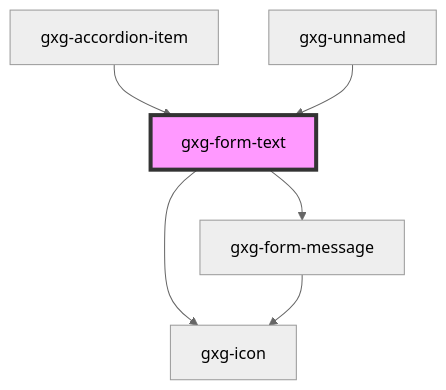
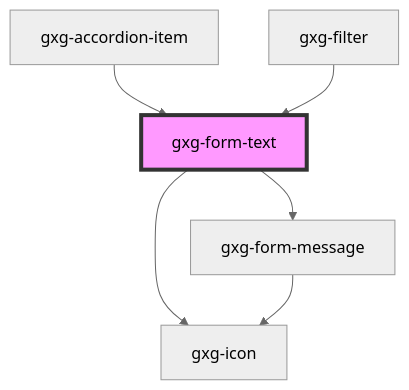
One commit to genexuslabs/gemini changed the diagram in src/components/form-text/readme.md. Above: the diagram before and after it, drawn with Mermaid (neutral theme). The commit also changed other lines of this file and 13 other files, not shown here.

````diff
--- a/src/components/form-text/readme.md
+++ b/src/components/form-text/readme.md
@@ -76,9 +76,9 @@
 ```mermaid
 graph TD;
   gxg-form-text --> gxg-icon
   gxg-form-text --> gxg-form-message
   gxg-form-message --> gxg-icon
   gxg-accordion-item --> gxg-form-text
-  gxg-unnamed --> gxg-form-text
+  gxg-filter --> gxg-form-text
   style gxg-form-text fill:#f9f,stroke:#333,stroke-width:4px
 ```
````
